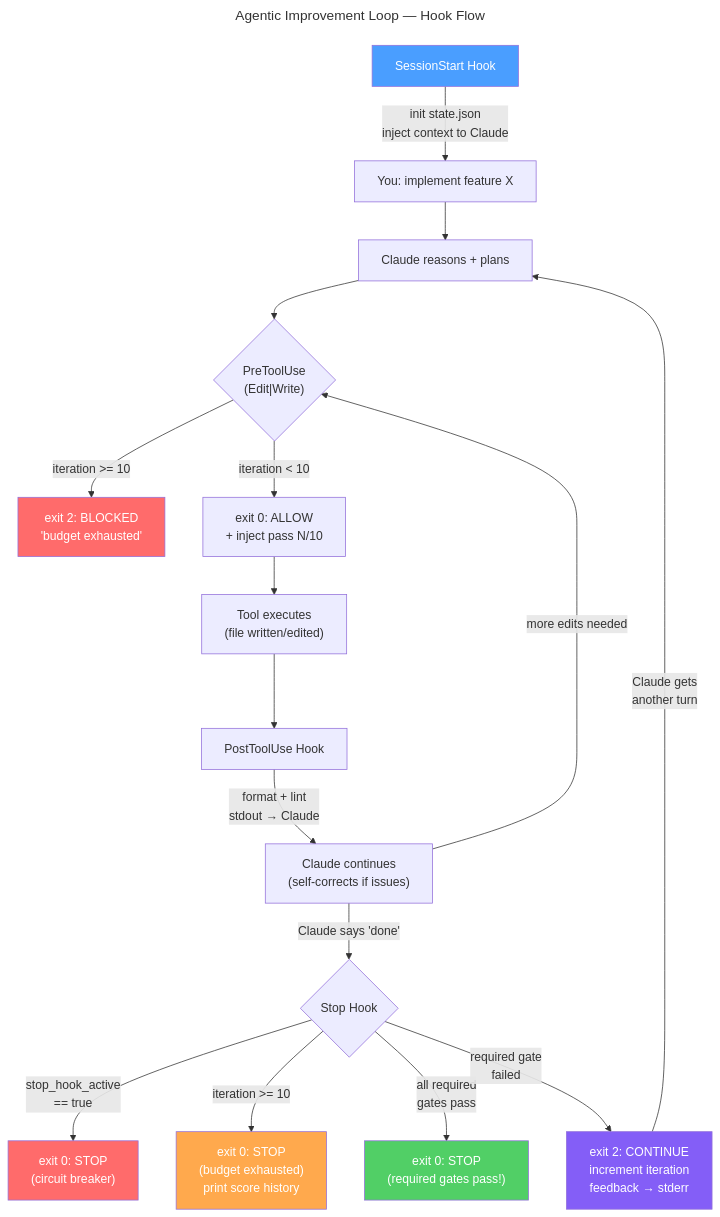
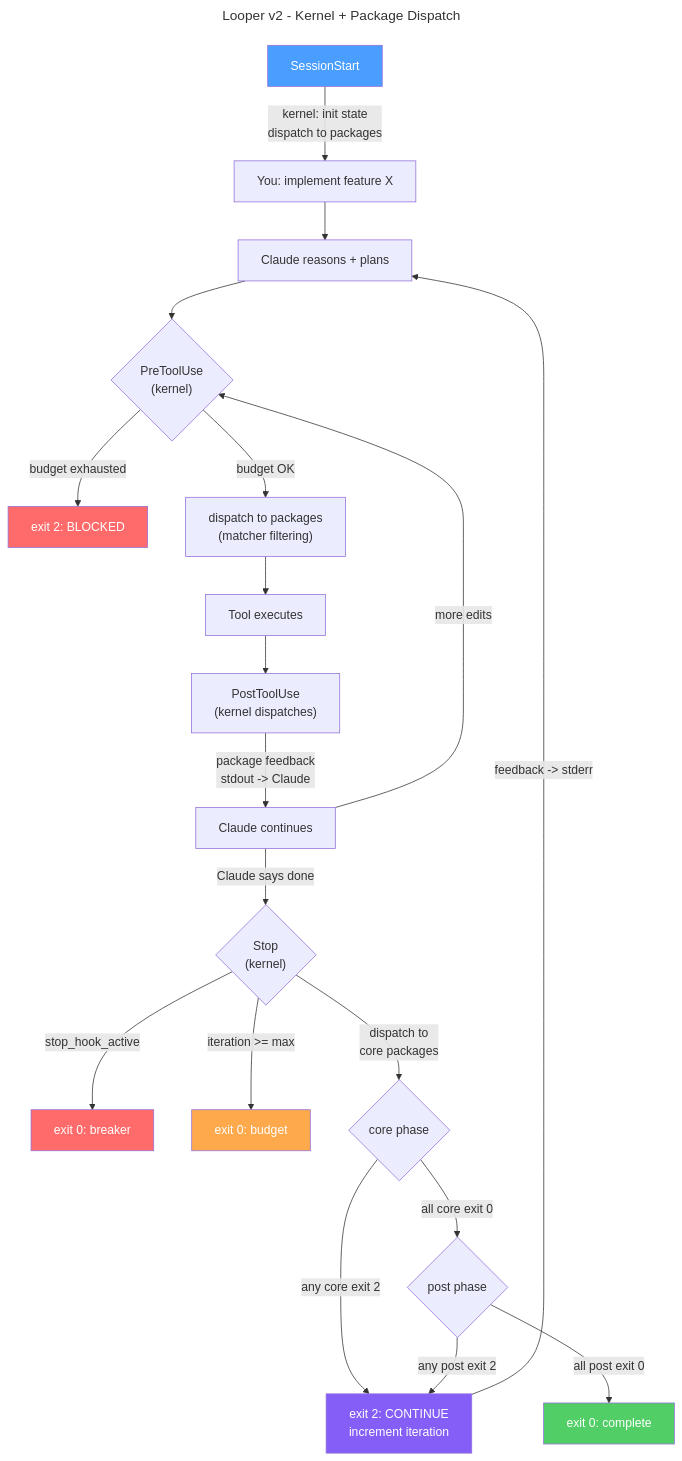
The diagram in docs/architecture.md (srdjan/looper), drawn with Mermaid before and after one commit. The commit also changed other lines of this file and 24 other files, not shown here.

First line of the commit message:
repackage looper as a Claude Code plugin

````diff
--- a/docs/architecture.md
+++ b/docs/architecture.md
@@ -21,36 +15,40 @@
 ```mermaid
 ---
-title: Agentic Improvement Loop — Hook Flow
+title: Looper v2 - Kernel + Package Dispatch
 ---
 flowchart TD
-    START["SessionStart Hook"] -->|"init state.json\ninject context to Claude"| PROMPT["You: implement feature X"]
+    START["SessionStart"] -->|"kernel: init state\ndispatch to packages"| PROMPT["You: implement feature X"]
 
     PROMPT --> CLAUDE["Claude reasons + plans"]
 
-    CLAUDE --> PRE{"PreToolUse\n(Edit|Write)"}
+    CLAUDE --> PRE{"PreToolUse\n(kernel)"}
 
-    PRE -->|"iteration >= 10"| BLOCK["exit 2: BLOCKED\n'budget exhausted'"]
-    PRE -->|"iteration < 10"| ALLOW["exit 0: ALLOW\n+ inject pass N/10"]
+    PRE -->|"budget exhausted"| BLOCK["exit 2: BLOCKED"]
+    PRE -->|"budget OK"| DISPATCH_PRE["dispatch to packages\n(matcher filtering)"]
+    DISPATCH_PRE --> TOOL["Tool executes"]
 
-    ALLOW --> TOOL["Tool executes\n(file written/edited)"]
+    TOOL --> POST["PostToolUse\n(kernel dispatches)"]
+    POST -->|"package feedback\nstdout -> Claude"| CLAUDE2["Claude continues"]
 
-    TOOL --> POST["PostToolUse Hook"]
-    POST -->|"format + lint\nstdout → Claude"| CLAUDE2["Claude continues\n(self-corrects if issues)"]
+    CLAUDE2 -->|"more edits"| PRE
+    CLAUDE2 -->|"Claude says done"| STOP{"Stop\n(kernel)"}
 
-    CLAUDE2 -->|"more edits needed"| PRE
-    CLAUDE2 -->|"Claude says 'done'"| STOP{"Stop Hook"}
+    STOP -->|"stop_hook_active"| DONE_BREAKER["exit 0: breaker"]
+    STOP -->|"iteration >= max"| DONE_BUDGET["exit 0: budget"]
+    STOP -->|"dispatch to\ncore packages"| CORE{"core phase"}
 
-    STOP -->|"stop_hook_active\n== true"| DONE_BREAKER["exit 0: STOP\n(circuit breaker)"]
-    STOP -->|"iteration >= 10"| DONE_BUDGET["exit 0: STOP\n(budget exhausted)\nprint score history"]
-    STOP -->|"all required\ngates pass"| DONE_PERFECT["exit 0: STOP\n(required gates pass!)"]
-    STOP -->|"required gate\nfailed"| LOOP["exit 2: CONTINUE\nincrement iteration\nfeedback → stderr"]
+    CORE -->|"any core exit 2"| LOOP["exit 2: CONTINUE\nincrement iteration"]
+    CORE -->|"all core exit 0"| POST_PHASE{"post phase"}
 
-    LOOP -->|"Claude gets\nanother turn"| CLAUDE
+    POST_PHASE -->|"any post exit 2"| LOOP
+    POST_PHASE -->|"all post exit 0"| DONE["exit 0: complete"]
+
+    LOOP -->|"feedback -> stderr"| CLAUDE
 
     style START fill:#4a9eff,color:#fff
     style DONE_BREAKER fill:#ff6b6b,color:#fff
     style DONE_BUDGET fill:#ffa94d,color:#fff
-    style DONE_PERFECT fill:#51cf66,color:#fff
+    style DONE fill:#51cf66,color:#fff
     style LOOP fill:#845ef7,color:#fff
     style BLOCK fill:#ff6b6b,color:#fff
 ```
````
